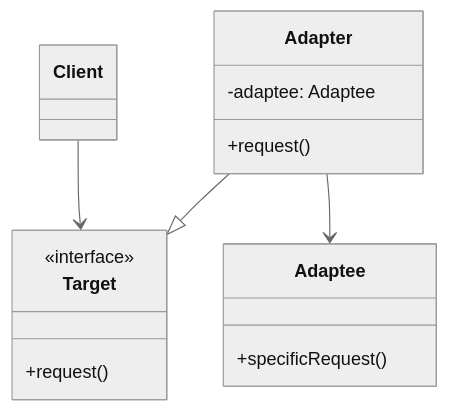
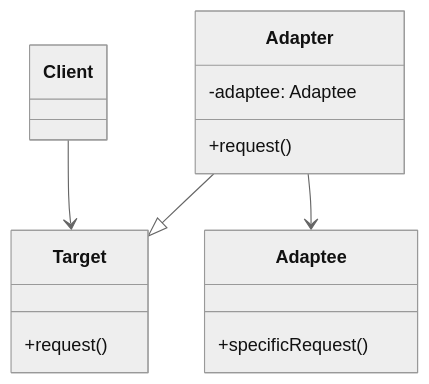
Before and after one commit to tiagocosmai/study-materials: the first of 4 diagrams in design-patterns/03-padroes-estruturais.md, drawn with Mermaid (neutral theme). The commit also changed 8 other files, not shown here.

````diff
--- a/design-patterns/03-padroes-estruturais.md
+++ b/design-patterns/03-padroes-estruturais.md
@@ -13,18 +13,17 @@
 ```mermaid
 classDiagram
     class Client
     class Target {
-        <<interface>>
         +request()
     }
     class Adapter {
         -adaptee: Adaptee
         +request()
     }
     class Adaptee {
         +specificRequest()
     }
     Client --> Target
     Adapter --|> Target
     Adapter --> Adaptee
 ```
````
